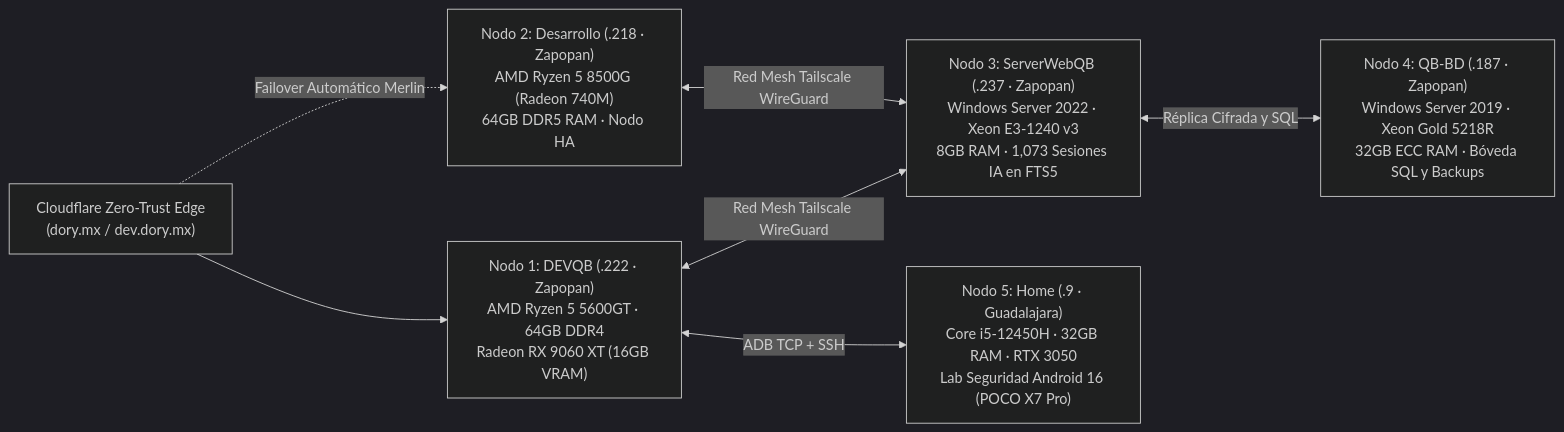
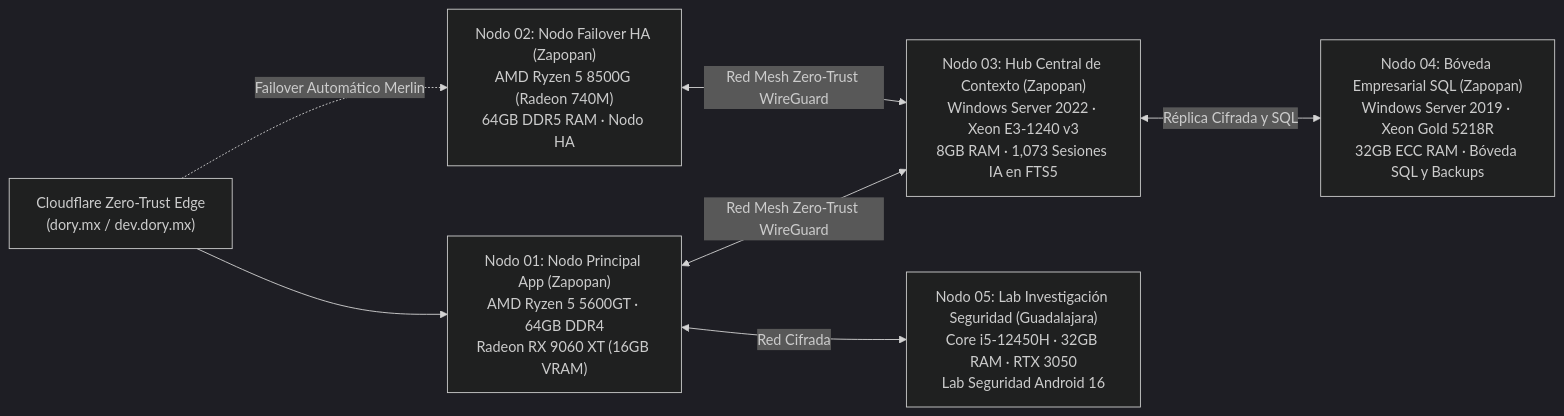
Before and after one commit to Charly-bite/Charly-bite: the diagram in README-es.md, drawn with Mermaid (dark theme). The commit also changed other lines of this file and 1 other file, not shown here.

````diff
--- a/README-es.md
+++ b/README-es.md
@@ -92,9 +92,9 @@
 ```mermaid
 flowchart LR
-    CF["Cloudflare Zero-Trust Edge<br/>(dory.mx / dev.dory.mx)"] --> M["Nodo 1: DEVQB (.222 · Zapopan)<br/>AMD Ryzen 5 5600GT · 64GB DDR4<br/>Radeon RX 9060 XT (16GB VRAM)"]
-    CF -. "Failover Automático Merlin" .-> W["Nodo 2: Desarrollo (.218 · Zapopan)<br/>AMD Ryzen 5 8500G (Radeon 740M)<br/>64GB DDR5 RAM · Nodo HA"]
-    M <-->|"Red Mesh Tailscale WireGuard"| H["Nodo 3: ServerWebQB (.237 · Zapopan)<br/>Windows Server 2022 · Xeon E3-1240 v3<br/>8GB RAM · 1,073 Sesiones IA en FTS5"]
-    W <-->|"Red Mesh Tailscale WireGuard"| H
-    H <-->|"Réplica Cifrada y SQL"| V["Nodo 4: QB-BD (.187 · Zapopan)<br/>Windows Server 2019 · Xeon Gold 5218R<br/>32GB ECC RAM · Bóveda SQL y Backups"]
-    M <-->|"ADB TCP + SSH"| L["Nodo 5: Home (.9 · Guadalajara)<br/>Core i5-12450H · 32GB RAM · RTX 3050<br/>Lab Seguridad Android 16 (POCO X7 Pro)"]
+    CF["Cloudflare Zero-Trust Edge<br/>(dory.mx / dev.dory.mx)"] --> M["Nodo 01: Nodo Principal App (Zapopan)<br/>AMD Ryzen 5 5600GT · 64GB DDR4<br/>Radeon RX 9060 XT (16GB VRAM)"]
+    CF -. "Failover Automático Merlin" .-> W["Nodo 02: Nodo Failover HA (Zapopan)<br/>AMD Ryzen 5 8500G (Radeon 740M)<br/>64GB DDR5 RAM · Nodo HA"]
+    M <-->|"Red Mesh Zero-Trust WireGuard"| H["Nodo 03: Hub Central de Contexto (Zapopan)<br/>Windows Server 2022 · Xeon E3-1240 v3<br/>8GB RAM · 1,073 Sesiones IA en FTS5"]
+    W <-->|"Red Mesh Zero-Trust WireGuard"| H
+    H <-->|"Réplica Cifrada y SQL"| V["Nodo 04: Bóveda Empresarial SQL (Zapopan)<br/>Windows Server 2019 · Xeon Gold 5218R<br/>32GB ECC RAM · Bóveda SQL y Backups"]
+    M <-->|"Red Cifrada"| L["Nodo 05: Lab Investigación Seguridad (Guadalajara)<br/>Core i5-12450H · 32GB RAM · RTX 3050<br/>Lab Seguridad Android 16"]
 ```
````
